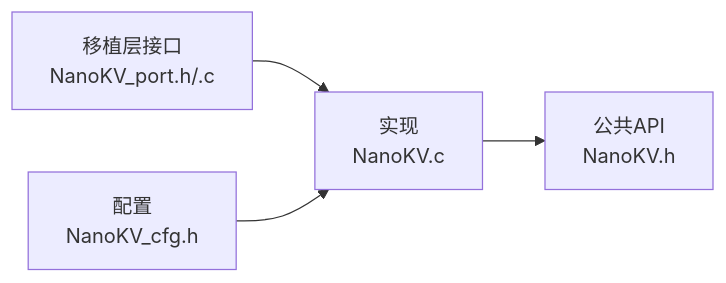
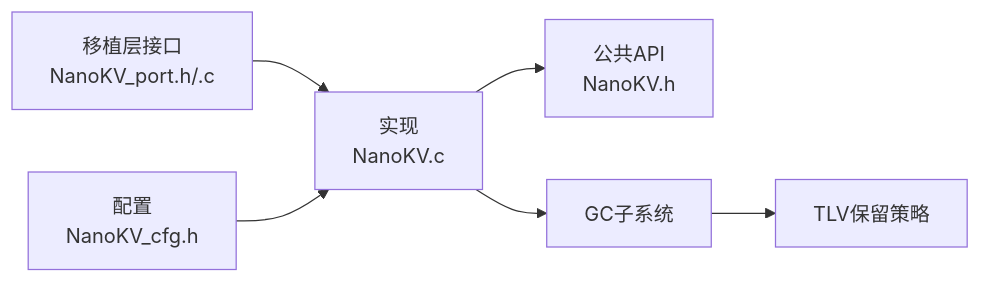
Before and after one commit to causebefore/microkv-module: the sixth of 6 diagrams in .qoder/repowiki/zh/content/API参考手册/垃圾回收API.md, drawn with Mermaid. The commit also changed other lines of this file and 10 other files, not shown here.

````diff
--- a/.qoder/repowiki/zh/content/API参考手册/垃圾回收API.md
+++ b/.qoder/repowiki/zh/content/API参考手册/垃圾回收API.md
@@ -228,6 +289,8 @@
 ```mermaid
 graph LR
 Port["移植层接口<br/>NanoKV_port.h/.c"] --> Impl["实现<br/>NanoKV.c"]
 Cfg["配置<br/>NanoKV_cfg.h"] --> Impl
 Impl --> API["公共API<br/>NanoKV.h"]
+Impl --> GC["GC子系统"]
+GC --> TLV["TLV保留策略"]
 ```
````
